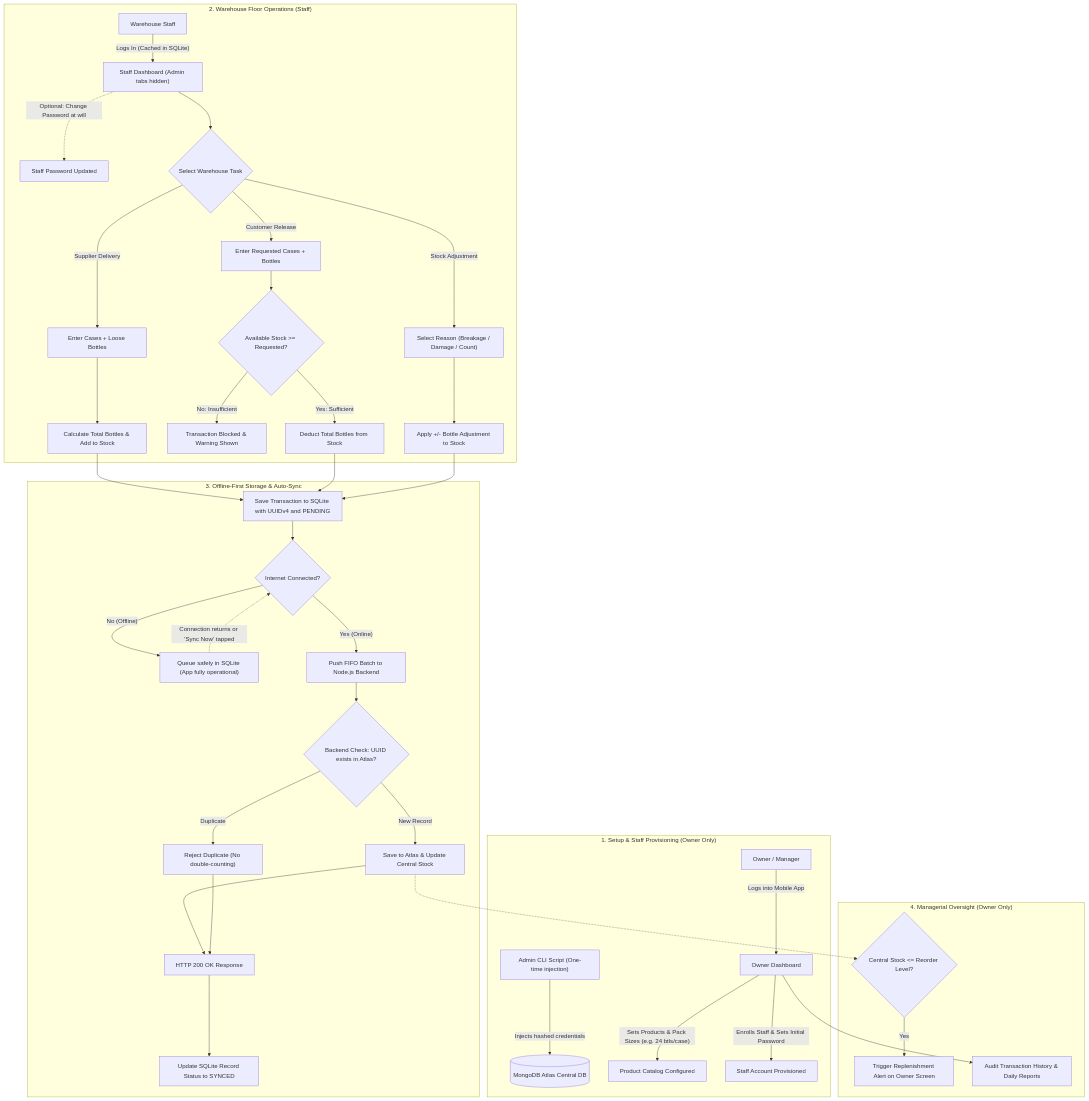
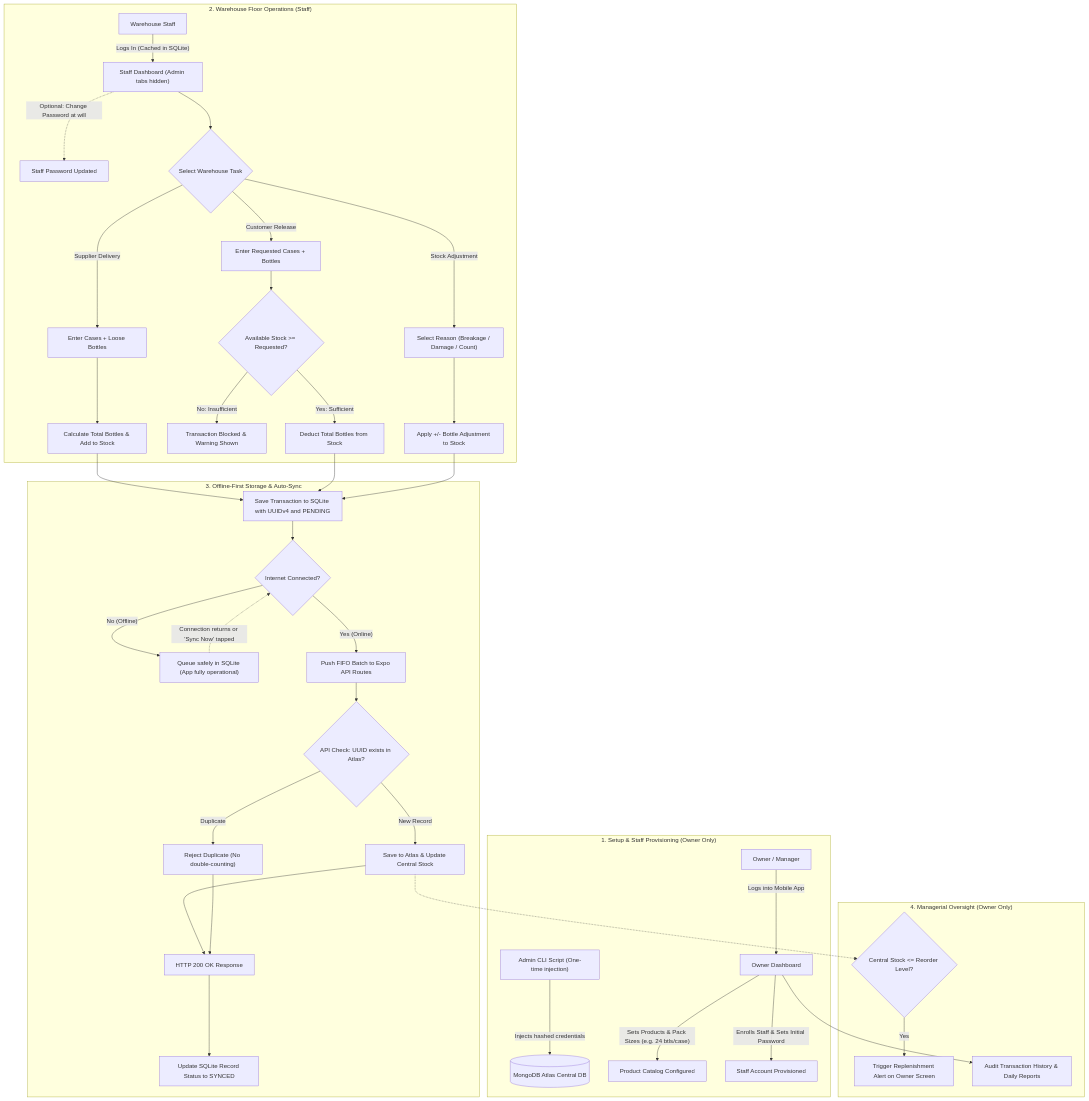
The diagram in README.md (Debmmiv/softdrinks-inventory-system), drawn with Mermaid before and after one commit. The commit also changed other lines of this file and 2 other files, not shown here.

Commit message:
docs: transition architecture to full-stack Expo Router with API routes in mobile

````diff
--- a/README.md
+++ b/README.md
@@ -18,52 +18,52 @@
 ```mermaid
 flowchart TD
     subgraph S1 ["1. Setup & Staff Provisioning (Owner Only)"]
         CLI["Admin CLI Script (One-time injection)"] -->|"Injects hashed credentials"| AtlasDB[("MongoDB Atlas Central DB")]
         Owner["Owner / Manager"] -->|"Logs into Mobile App"| OwnerApp["Owner Dashboard"]
         OwnerApp -->|"Sets Products & Pack Sizes (e.g. 24 btls/case)"| CatalogSetup["Product Catalog Configured"]
         OwnerApp -->|"Enrolls Staff & Sets Initial Password"| StaffCreated["Staff Account Provisioned"]
     end
 
     subgraph S2 ["2. Warehouse Floor Operations (Staff)"]
         Staff["Warehouse Staff"] -->|"Logs In (Cached in SQLite)"| StaffApp["Staff Dashboard (Admin tabs hidden)"]
         StaffApp -.->|"Optional: Change Password at will"| PwdChange["Staff Password Updated"]
 
         StaffApp --> OpChoice{"Select Warehouse Task"}
         
         OpChoice -->|"Supplier Delivery"| Delivery["Enter Cases + Loose Bottles"]
         Delivery --> AddStock["Calculate Total Bottles & Add to Stock"]
 
         OpChoice -->|"Customer Release"| Release["Enter Requested Cases + Bottles"]
         Release --> CheckStock{"Available Stock >= Requested?"}
         CheckStock -- "No: Insufficient" --> Block["Transaction Blocked & Warning Shown"]
         CheckStock -- "Yes: Sufficient" --> DeductStock["Deduct Total Bottles from Stock"]
 
         OpChoice -->|"Stock Adjustment"| Adj["Select Reason (Breakage / Damage / Count)"]
         Adj --> UpdateStock["Apply +/- Bottle Adjustment to Stock"]
     end
 
     subgraph S3 ["3. Offline-First Storage & Auto-Sync"]
         AddStock --> SaveSQLite["Save Transaction to SQLite with UUIDv4 and PENDING"]
         DeductStock --> SaveSQLite
         UpdateStock --> SaveSQLite
 
         SaveSQLite --> NetCheck{"Internet Connected?"}
         NetCheck -- "No (Offline)" --> OfflineStore["Queue safely in SQLite (App fully operational)"]
         OfflineStore -.->|"Connection returns or 'Sync Now' tapped"| NetCheck
 
-        NetCheck -- "Yes (Online)" --> PushBatch["Push FIFO Batch to Node.js Backend"]
-        PushBatch --> Idempotent{"Backend Check: UUID exists in Atlas?"}
+        NetCheck -- "Yes (Online)" --> PushBatch["Push FIFO Batch to Expo API Routes"]
+        PushBatch --> Idempotent{"API Check: UUID exists in Atlas?"}
         Idempotent -- "Duplicate" --> Skip["Reject Duplicate (No double-counting)"]
         Idempotent -- "New Record" --> CommitAtlas["Save to Atlas & Update Central Stock"]
         
         CommitAtlas --> Ack["HTTP 200 OK Response"]
         Skip --> Ack
         Ack --> MarkSynced["Update SQLite Record Status to SYNCED"]
     end
 
     subgraph S4 ["4. Managerial Oversight (Owner Only)"]
         CommitAtlas -.-> ReorderCheck{"Central Stock <= Reorder Level?"}
         ReorderCheck -- "Yes" --> ReplenishAlert["Trigger Replenishment Alert on Owner Screen"]
         OwnerApp --> ViewReports["Audit Transaction History & Daily Reports"]
     end
 ```
````
